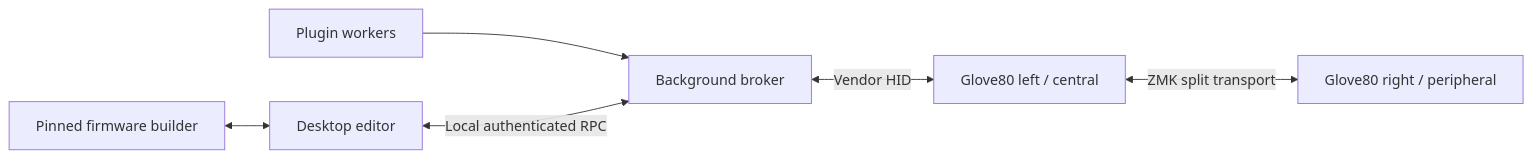
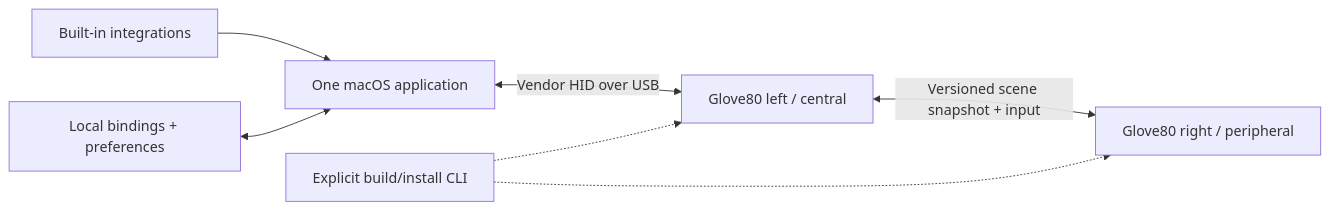
The diagram in docs/architecture.md (ralfboltshauser/glove80-control-surface), drawn with Mermaid before and after one commit. The commit also changed other lines of this file and 18 other files, not shown here.

Commit message:
Refine architecture after adversarial review

````diff
--- a/docs/architecture.md
+++ b/docs/architecture.md
@@ -5,8 +5,9 @@
 ```mermaid
 flowchart LR
-    Plugins["Plugin workers"] --> Broker["Background broker"]
-    Editor["Desktop editor"] <-->|"Local authenticated RPC"| Broker
-    Builder["Pinned firmware builder"] <--> Editor
-    Broker <-->|"Vendor HID"| Central["Glove80 left / central"]
-    Central <-->|"ZMK split transport"| Peripheral["Glove80 right / peripheral"]
+    Integrations["Built-in integrations"] --> App["One macOS application"]
+    Config["Local bindings + preferences"] <--> App
+    App <-->|"Vendor HID over USB"| Central["Glove80 left / central"]
+    Central <-->|"Versioned scene snapshot + input"| Peripheral["Glove80 right / peripheral"]
+    Build["Explicit build/install CLI"] -.-> Central
+    Build -.-> Peripheral
 ```
````
